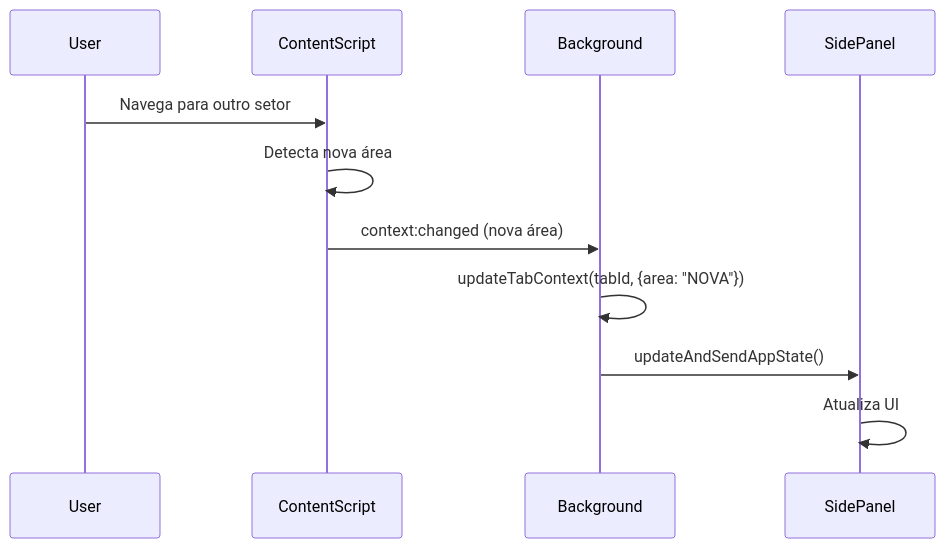
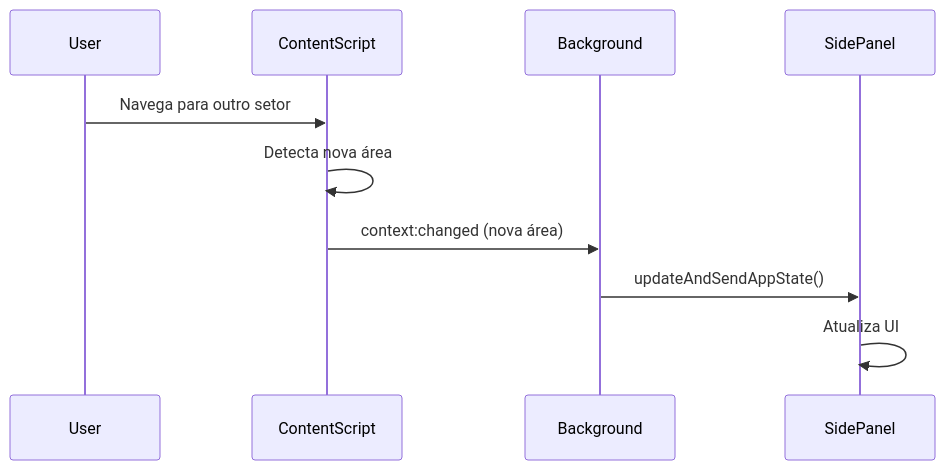
The second of 4 diagrams in docs/architecture/APP-STATE.md (patajones/painel-sei), drawn with Mermaid before and after one commit. The commit also changed other lines of this file and 14 other files, not shown here.

````diff
--- a/docs/architecture/APP-STATE.md
+++ b/docs/architecture/APP-STATE.md
@@ -235,14 +238,13 @@
 ```mermaid
 sequenceDiagram
     participant User
     participant ContentScript
     participant Background
     participant SidePanel
 
     User->>ContentScript: Navega para outro setor
     ContentScript->>ContentScript: Detecta nova área
-    ContentScript->>Background: context:changed (nova área)
-    Background->>Background: updateTabContext(tabId, {area: "NOVA"})
+    ContentScript->>Background: context:changed (nova área)    
     Background->>SidePanel: updateAndSendAppState()
     SidePanel->>SidePanel: Atualiza UI
 ```
````
